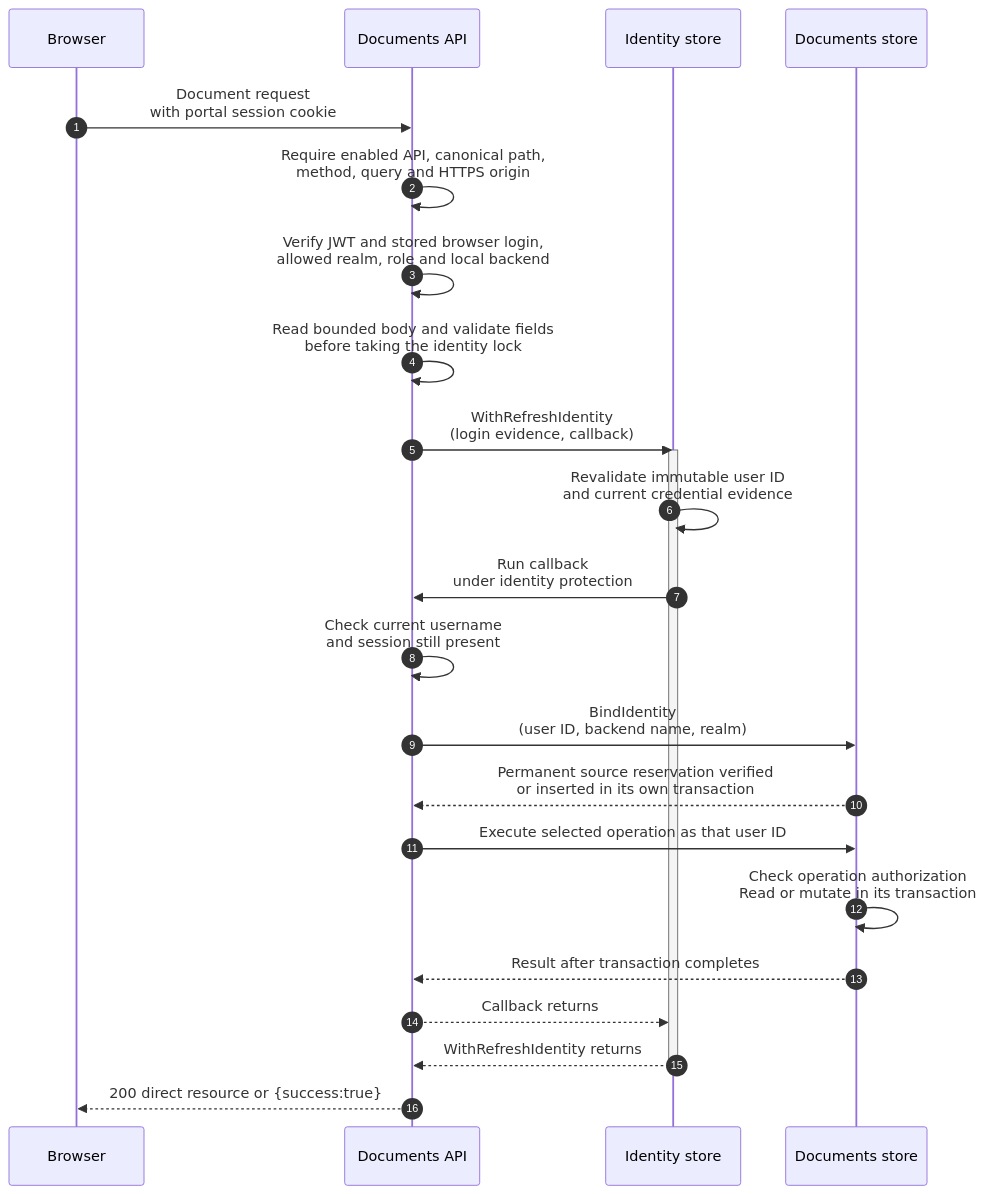
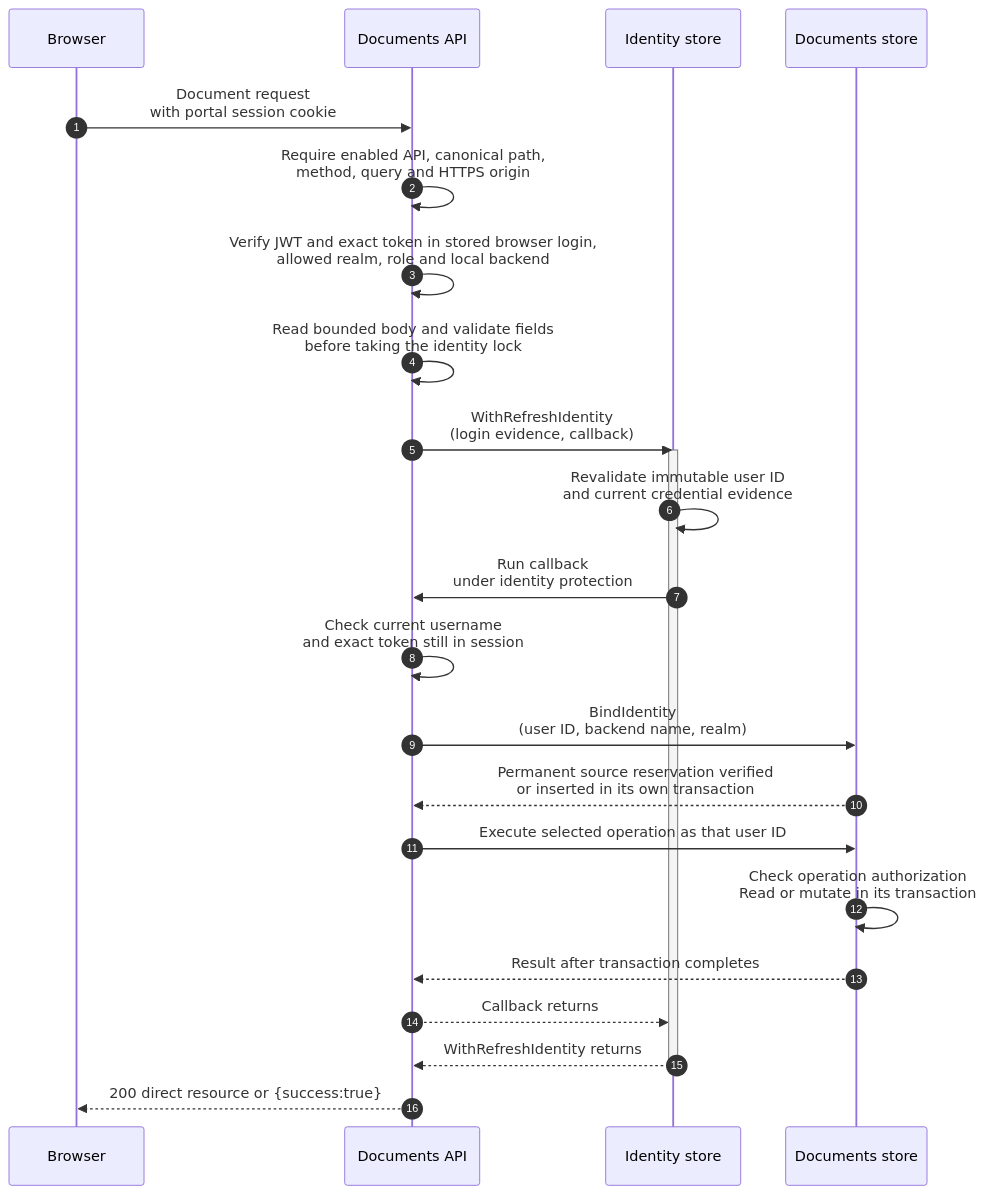
One commit to greenpau/go-authcrunch changed the first of 8 diagrams in .codex/skills/authentication-portal-documents/references/sequences.md. Above: the diagram before and after it, drawn with Mermaid. The commit also changed other lines of this file and 152 other files, not shown here.

````diff
--- a/.codex/skills/authentication-portal-documents/references/sequences.md
+++ b/.codex/skills/authentication-portal-documents/references/sequences.md
@@ -49,26 +49,26 @@
 ```mermaid
 sequenceDiagram
     autonumber
     participant B as Browser
     participant A as Documents API
     participant I as Identity store
     participant S as Documents store
     B->>A: Document request<br/>with portal session cookie
     A->>A: Require enabled API, canonical path,<br/>method, query and HTTPS origin
-    A->>A: Verify JWT and stored browser login,<br/>allowed realm, role and local backend
+    A->>A: Verify JWT and exact token in stored browser login,<br/>allowed realm, role and local backend
     A->>A: Read bounded body and validate fields<br/>before taking the identity lock
     A->>I: WithRefreshIdentity<br/>(login evidence, callback)
     activate I
     I->>I: Revalidate immutable user ID<br/>and current credential evidence
     I->>A: Run callback<br/>under identity protection
-    A->>A: Check current username<br/>and session still present
+    A->>A: Check current username<br/>and exact token still in session
     A->>S: BindIdentity<br/>(user ID, backend name, realm)
     S-->>A: Permanent source reservation verified<br/>or inserted in its own transaction
     A->>S: Execute selected operation as that user ID
     S->>S: Check operation authorization<br/>Read or mutate in its transaction
     S-->>A: Result after transaction completes
     A-->>I: Callback returns
     I-->>A: WithRefreshIdentity returns
     deactivate I
     A-->>B: 200 direct resource or {success:true}
 ```
````
